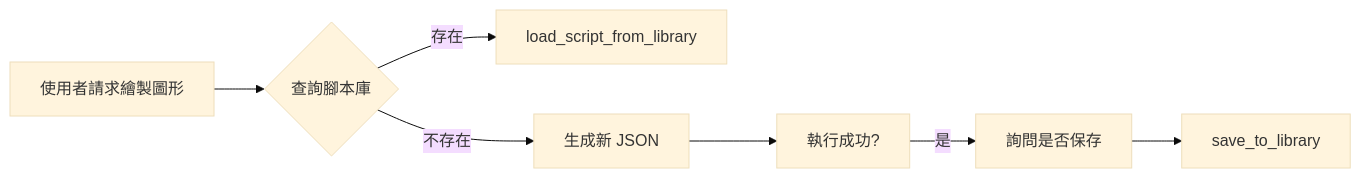
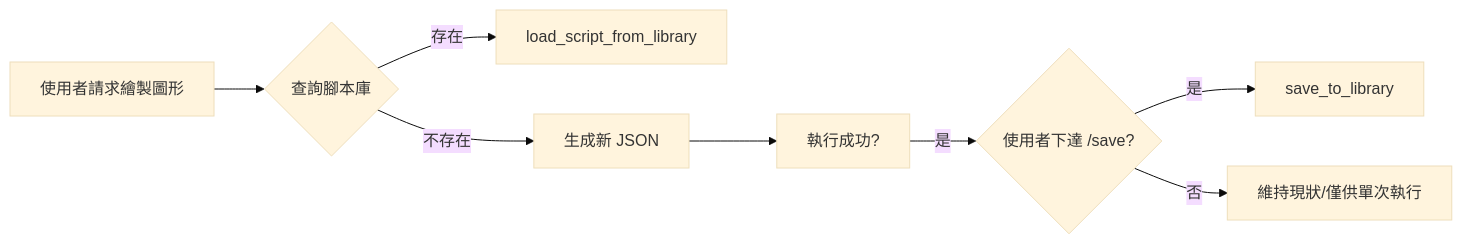
Before and after one commit to ChimingLu/AutodeskDynamo_MCP: the diagram in GEMINI.md, drawn with Mermaid (base theme). The commit also changed other lines of this file and 13 other files, not shown here.

Commit message:
新增Roadmap、增加斜線指令save

````diff
--- a/GEMINI.md
+++ b/GEMINI.md
@@ -119,9 +121,10 @@
 ```mermaid
 graph LR
     A[使用者請求繪製圖形] --> B{查詢腳本庫}
     B -->|存在| C[load_script_from_library]
     B -->|不存在| D[生成新 JSON]
     D --> E[執行成功?]
-    E -->|是| F[詢問是否保存]
-    F --> G[save_to_library]
+    E -->|是| F{使用者下達 /save?}
+    F -->|是| G[save_to_library]
+    F -->|否| H[維持現狀/僅供單次執行]
 ```
````
